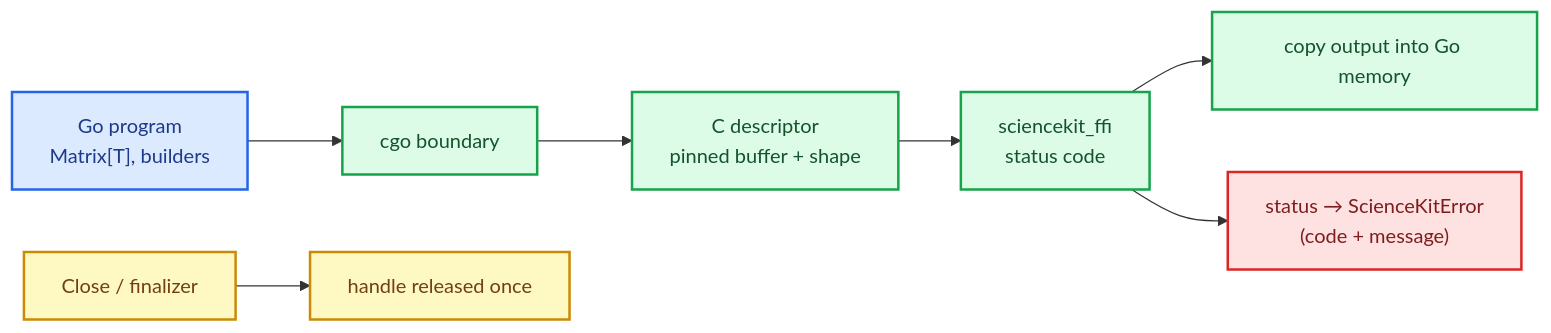
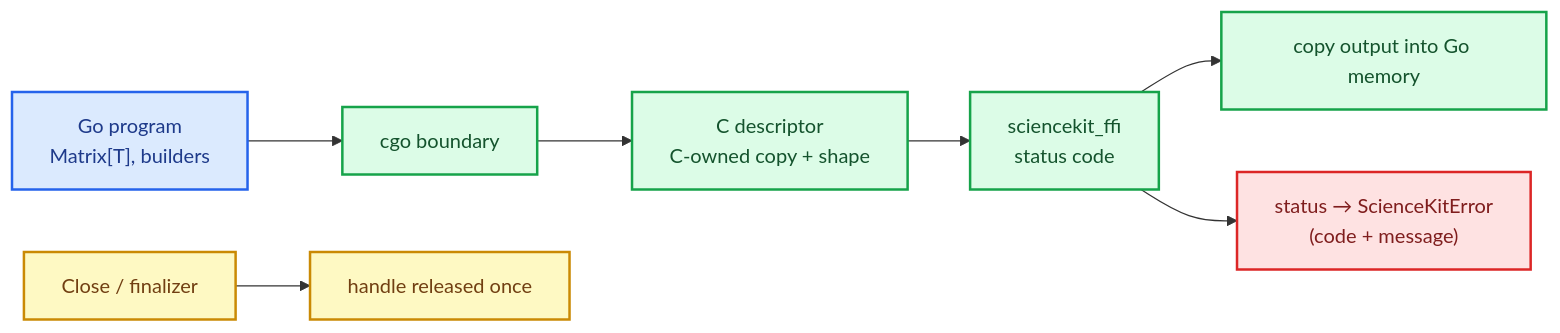
One commit to neurono-ml/sciencekit changed the diagram in docs/src/development-explained/ch36-go-bindings.md. Above: the diagram before and after it, drawn with Mermaid. The commit also changed other lines of this file, not shown here.

Commit message:
docs: describe the C-owned descriptor copy

````diff
--- a/docs/src/development-explained/ch36-go-bindings.md
+++ b/docs/src/development-explained/ch36-go-bindings.md
@@ -27,19 +27,19 @@
 ```mermaid
 flowchart LR
     accTitle: A Go model over cgo and the C ABI
-    accDescr: A Go program builds a model through typed builders. cgo marshals a Go matrix into a C descriptor with a pinned, C-allocated buffer. The C ABI performs the operation and returns a status. The binding copies the output back into Go memory, maps the status to a Go error carrying the code and message, and releases handles through Close or a finalizer exactly once.
+    accDescr: A Go program builds a model through typed builders. cgo copies a Go matrix into a C-owned descriptor buffer, because storing a Go pointer in C memory is forbidden. The C ABI performs the operation and returns a status. The binding copies the output back into Go memory, maps the status to a Go error carrying the code and message, and releases handles through Close or a finalizer exactly once.
     A["Go program<br/>Matrix[T], builders"] --> B["cgo boundary"]
-    B --> C["C descriptor<br/>pinned buffer + shape"]
+    B --> C["C descriptor<br/>C-owned copy + shape"]
     C --> D["sciencekit_ffi<br/>status code"]
     D --> E["copy output into Go memory"]
     D --> F["status → ScienceKitError<br/>(code + message)"]
     G["Close / finalizer"] --> H["handle released once"]
     classDef go fill:#dbeafe,stroke:#2563eb,stroke-width:2px,color:#1e3a8a
     classDef c fill:#dcfce7,stroke:#16a34a,stroke-width:2px,color:#14532d
     classDef error fill:#fee2e2,stroke:#dc2626,stroke-width:2px,color:#7f1d1d
     classDef life fill:#fef9c3,stroke:#ca8a04,stroke-width:2px,color:#713f12
     class A go
     class B,C,D,E c
     class F error
     class G,H life
 ```
````
